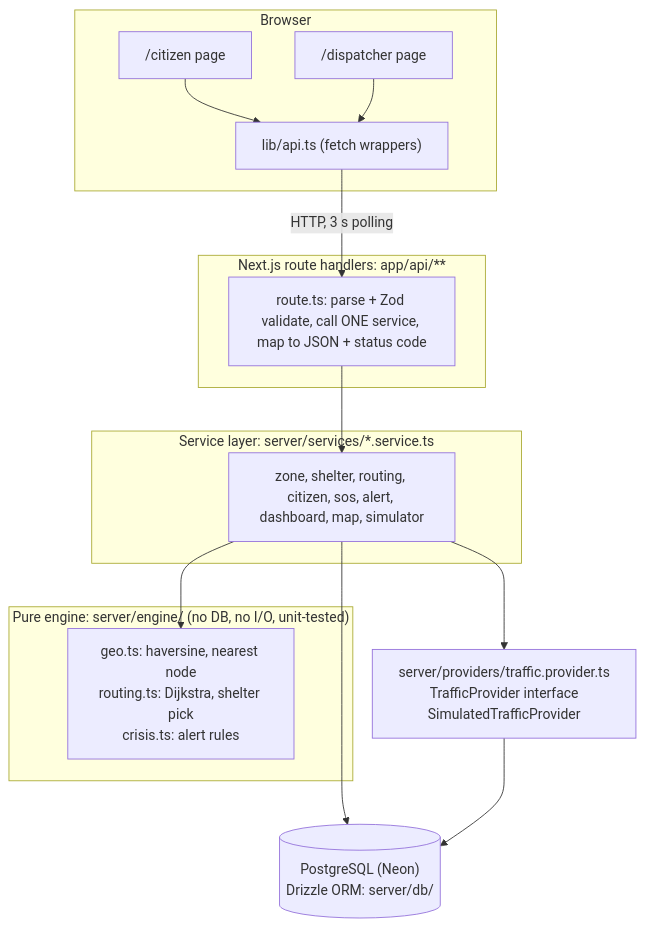
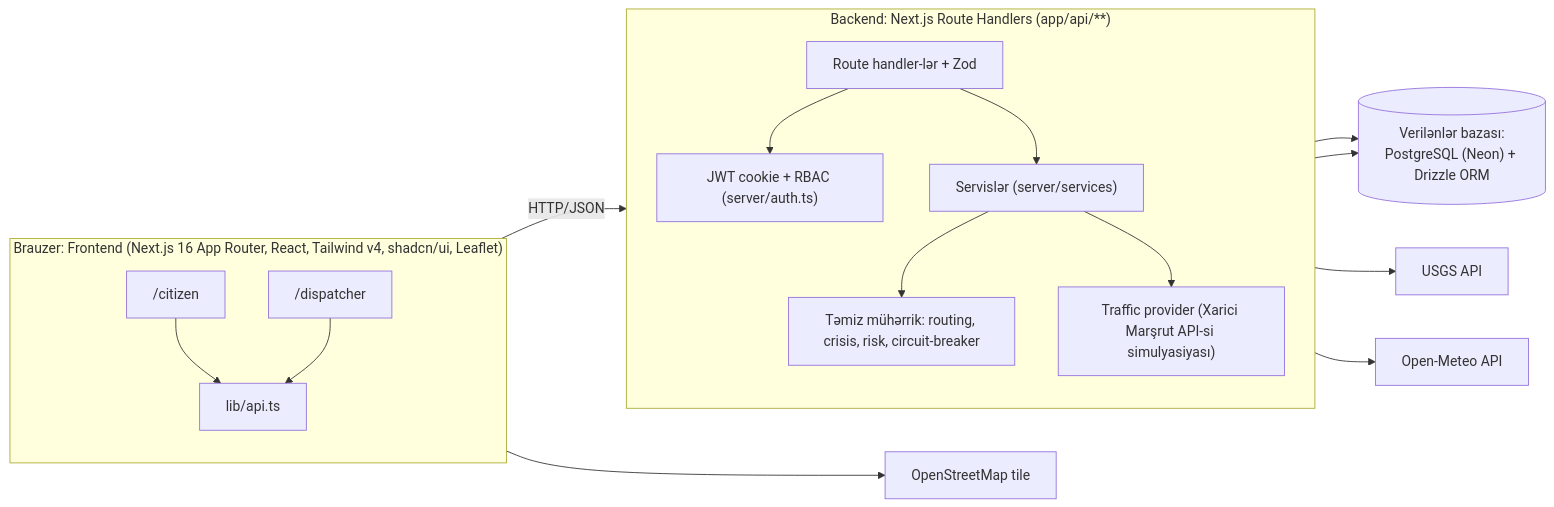
The first of 2 diagrams in README.md (Emin-rgb/Evacuation-App), drawn with Mermaid before and after one commit. The commit also changed other lines of this file and 10 other files, not shown here.

Commit message:
docs: Azerbaijani README, Word tech doc, ERD, Swagger, diagrams

````diff
--- a/README.md
+++ b/README.md
@@ -118,32 +57,32 @@
 ```mermaid
-flowchart TD
-    subgraph Browser
-        C["/citizen page"]
-        D["/dispatcher page"]
-        API["lib/api.ts (fetch wrappers)"]
-        C --> API
-        D --> API
+flowchart LR
+    subgraph BR["Brauzer: Frontend (Next.js 16 App Router, React, Tailwind v4, shadcn/ui, Leaflet)"]
+        direction TB
+        P2["/citizen"]
+        P3["/dispatcher"]
+        CL["lib/api.ts"]
+        P2 --> CL
+        P3 --> CL
     end
-
-    subgraph "Next.js route handlers: app/api/**"
-        R["route.ts: parse + Zod validate, call ONE service, map to JSON + status code"]
+    subgraph BE["Backend: Next.js Route Handlers (app/api/**)"]
+        direction TB
+        RH["Route handler-lər + Zod"]
+        AU["JWT cookie + RBAC (server/auth.ts)"]
+        SV["Servislər (server/services)"]
+        EN["Təmiz mühərrik: routing, crisis, risk, circuit-breaker"]
+        PV["Traffic provider (Xarici Marşrut API-si simulyasiyası)"]
+        RH --> AU
+        RH --> SV --> EN
+        SV --> PV
     end
-
-    subgraph "Service layer: server/services/*.service.ts"
-        S["zone, shelter, routing, citizen, sos, alert, dashboard, map, simulator"]
-    end
-
-    subgraph "Pure engine: server/engine/ (no DB, no I/O, unit-tested)"
-        E["geo.ts: haversine, nearest node<br/>routing.ts: Dijkstra, shelter pick<br/>crisis.ts: alert rules"]
-    end
-
-    P["server/providers/traffic.provider.ts<br/>TrafficProvider interface<br/>SimulatedTrafficProvider"]
-    DB[("PostgreSQL (Neon)<br/>Drizzle ORM: server/db/")]
-
-    API -- "HTTP, 3 s polling" --> R
-    R --> S
-    S --> E
-    S --> P
-    S --> DB
-    P --> DB
+    DB[("Verilənlər bazası:<br/>PostgreSQL (Neon) + Drizzle ORM")]
+    X1["USGS API"]
+    X2["Open-Meteo API"]
+    X3["OpenStreetMap tile"]
+    CL -- "HTTP/JSON" --> RH
+    SV --> DB
+    PV --> DB
+    SV --> X1
+    SV --> X2
+    BR --> X3
 ```
````
